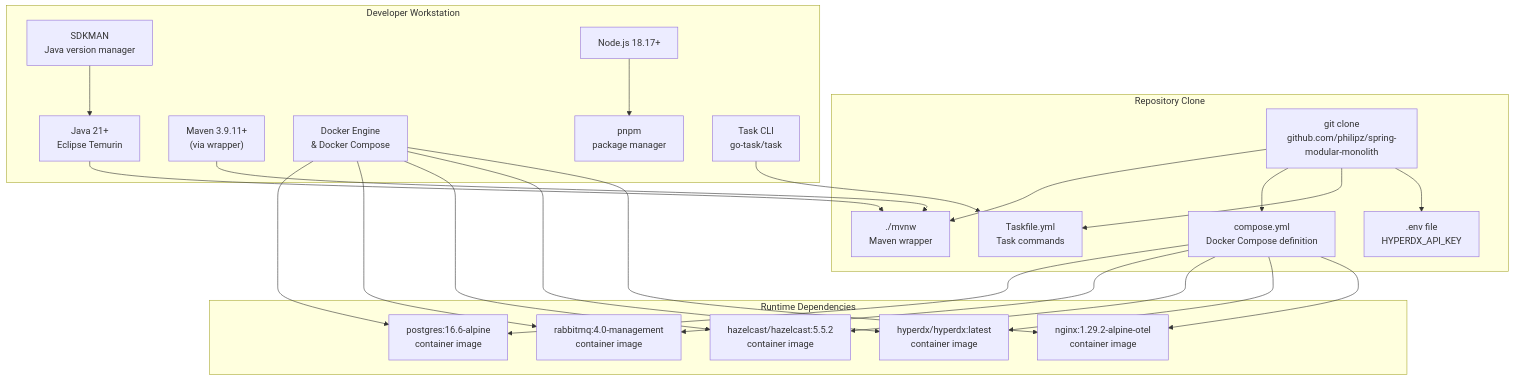
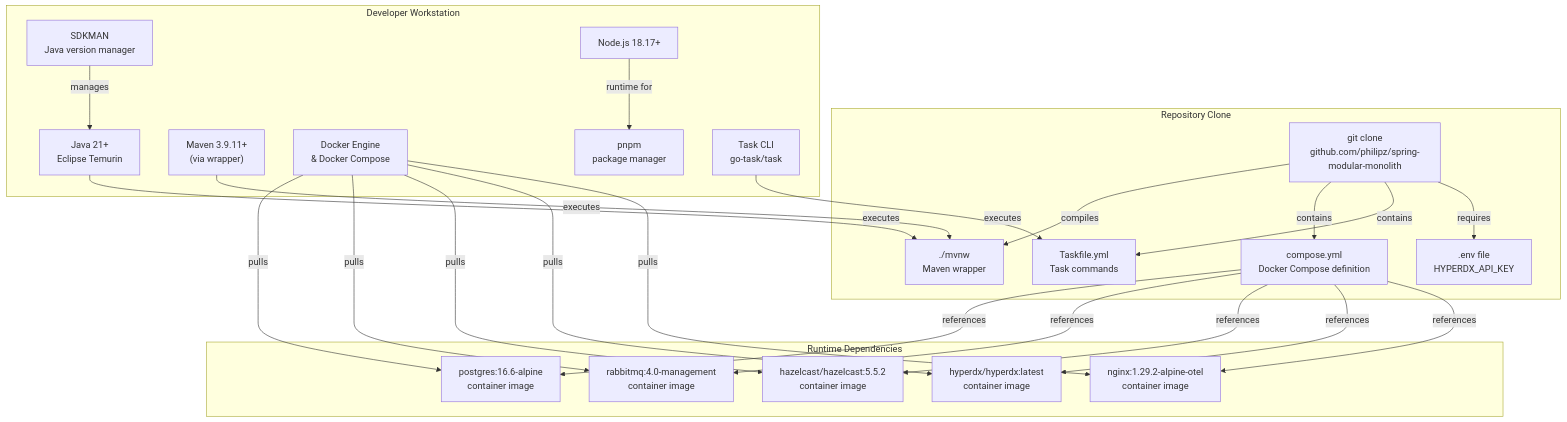
Before and after one commit to philipz/spring-modular-monolith: the first of 3 diagrams in docs/deepwiki/Prerequisites-and-Installation.md, drawn with Mermaid. The commit also changed other lines of this file and 55 other files, not shown here.

````diff
--- a/docs/deepwiki/Prerequisites-and-Installation.md
+++ b/docs/deepwiki/Prerequisites-and-Installation.md
@@ -35,67 +35,67 @@
 ```mermaid
 flowchart TD
 
 SDKMAN["SDKMAN<br>Java version manager"]
 Java21["Java 21+<br>Eclipse Temurin"]
 Maven["Maven 3.9.11+<br>(via wrapper)"]
 Docker["Docker Engine<br>& Docker Compose"]
 NodeJS["Node.js 18.17+"]
 PNPM["pnpm<br>package manager"]
 Task["Task CLI<br>go-task/task"]
 GitRepo["git clone<br>github.com/philipz/spring-modular-monolith"]
 EnvFile[".env file<br>HYPERDX_API_KEY"]
 MVNWrapper["./mvnw<br>Maven wrapper"]
 ComposeYML["compose.yml<br>Docker Compose definition"]
 TaskfileYML["Taskfile.yml<br>Task commands"]
 PostgresImg["postgres:16.6-alpine<br>container image"]
 RabbitMQImg["rabbitmq:4.0-management<br>container image"]
 HazelcastImg["hazelcast/hazelcast:5.5.2<br>container image"]
 HyperDXImg["hyperdx/hyperdx:latest<br>container image"]
 NginxImg["nginx:1.29.2-alpine-otel<br>container image"]
 
-Java21 --> MVNWrapper
-Maven --> MVNWrapper
-Task --> TaskfileYML
-Docker --> PostgresImg
-Docker --> RabbitMQImg
-Docker --> HazelcastImg
-Docker --> HyperDXImg
-Docker --> NginxImg
-ComposeYML --> PostgresImg
-ComposeYML --> RabbitMQImg
-ComposeYML --> HazelcastImg
-ComposeYML --> HyperDXImg
-ComposeYML --> NginxImg
+Java21 -->|"executes"| MVNWrapper
+Maven -->|"executes"| MVNWrapper
+Task -->|"executes"| TaskfileYML
+Docker -->|"pulls"| PostgresImg
+Docker -->|"pulls"| RabbitMQImg
+Docker -->|"pulls"| HazelcastImg
+Docker -->|"pulls"| HyperDXImg
+Docker -->|"pulls"| NginxImg
+ComposeYML -->|"references"| PostgresImg
+ComposeYML -->|"references"| RabbitMQImg
+ComposeYML -->|"references"| HazelcastImg
+ComposeYML -->|"references"| HyperDXImg
+ComposeYML -->|"references"| NginxImg
 
 subgraph subGraph2 ["Runtime Dependencies"]
     PostgresImg
     RabbitMQImg
     HazelcastImg
     HyperDXImg
     NginxImg
 end
 
 subgraph subGraph1 ["Repository Clone"]
     GitRepo
     EnvFile
     MVNWrapper
     ComposeYML
     TaskfileYML
-    GitRepo --> MVNWrapper
-    GitRepo --> ComposeYML
-    GitRepo --> TaskfileYML
-    GitRepo --> EnvFile
+    GitRepo -->|"compiles"| MVNWrapper
+    GitRepo -->|"contains"| ComposeYML
+    GitRepo -->|"contains"| TaskfileYML
+    GitRepo -->|"requires"| EnvFile
 end
 
 subgraph subGraph0 ["Developer Workstation"]
     SDKMAN
     Java21
     Maven
     Docker
     NodeJS
     PNPM
     Task
-    SDKMAN --> Java21
-    NodeJS --> PNPM
+    SDKMAN -->|"manages"| Java21
+    NodeJS -->|"runtime for"| PNPM
 end
 ```
````
